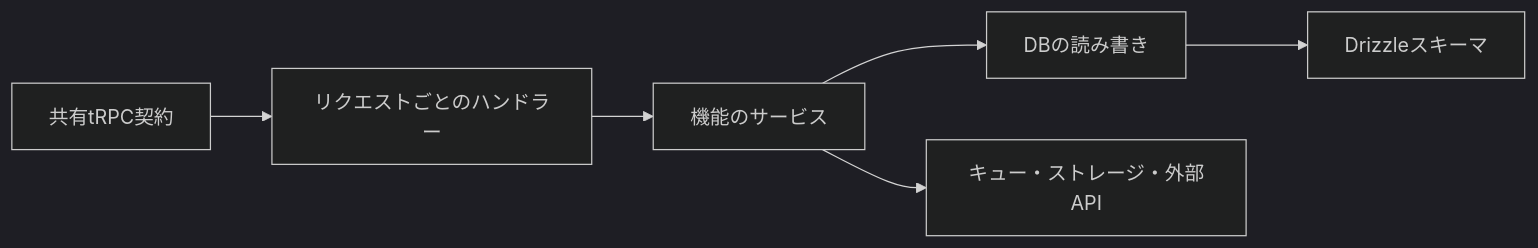
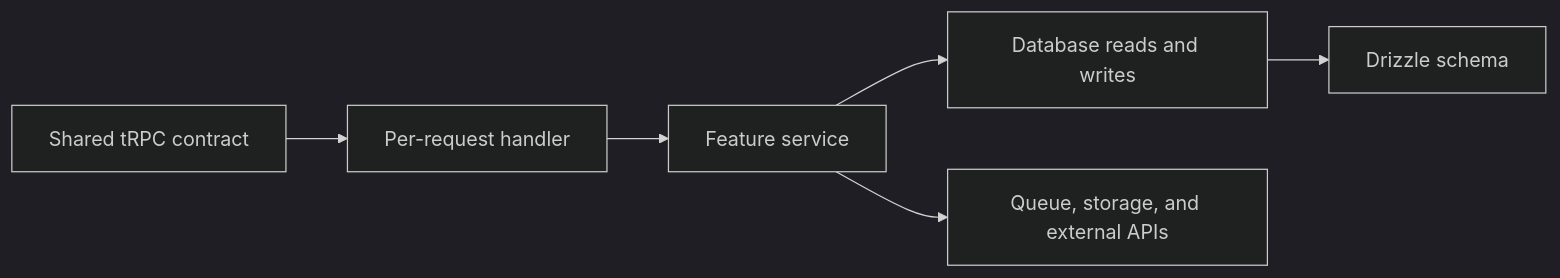
The diagram in docs/design/class-diagram.md (yukiharada1228/videoq), drawn with Mermaid (dark theme) before and after one commit. The commit also changed other lines of this file and 79 other files, not shown here.

````diff
--- a/docs/design/class-diagram.md
+++ b/docs/design/class-diagram.md
@@ -10,8 +10,8 @@
 ```mermaid
 flowchart LR
-    Contract[共有tRPC契約] --> Handler[リクエストごとのハンドラー]
-    Handler --> Service[機能のサービス]
-    Service --> Repository[DBの読み書き]
-    Repository --> Schema[Drizzleスキーマ]
-    Service --> External[キュー・ストレージ・外部API]
+    Contract[Shared tRPC contract] --> Handler[Per-request handler]
+    Handler --> Service[Feature service]
+    Service --> Repository[Database reads and writes]
+    Repository --> Schema[Drizzle schema]
+    Service --> External[Queue, storage, and external APIs]
 ```
````
